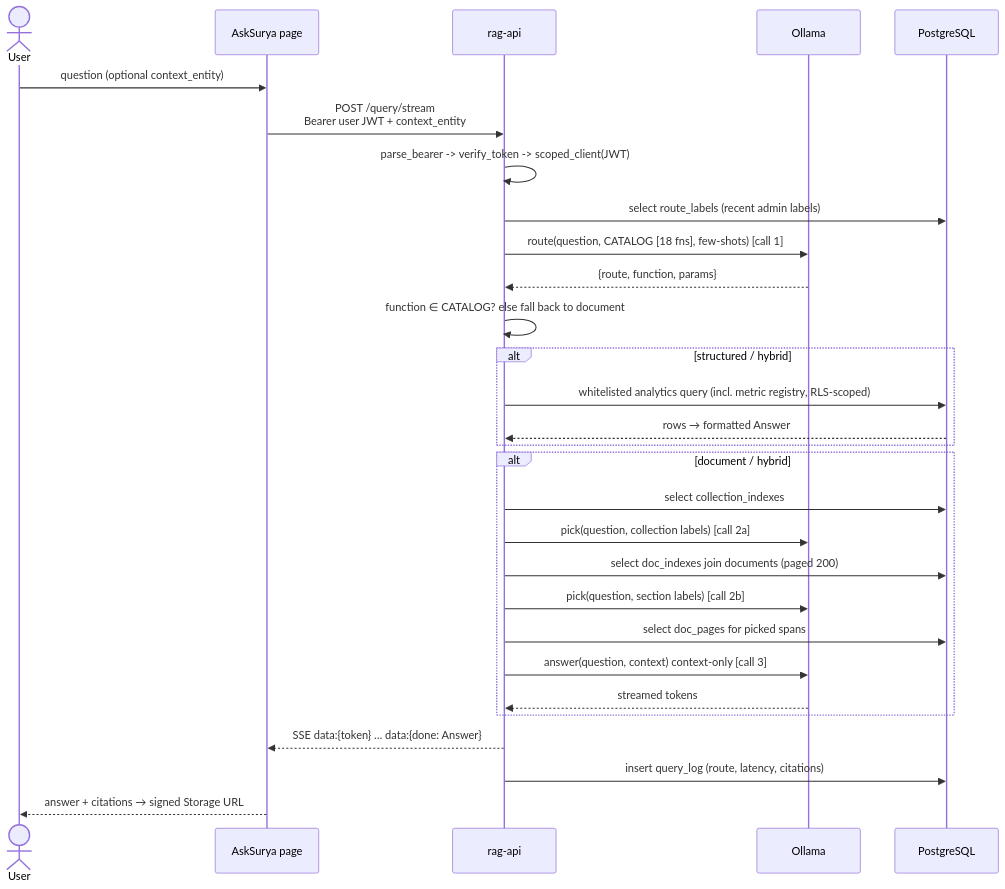
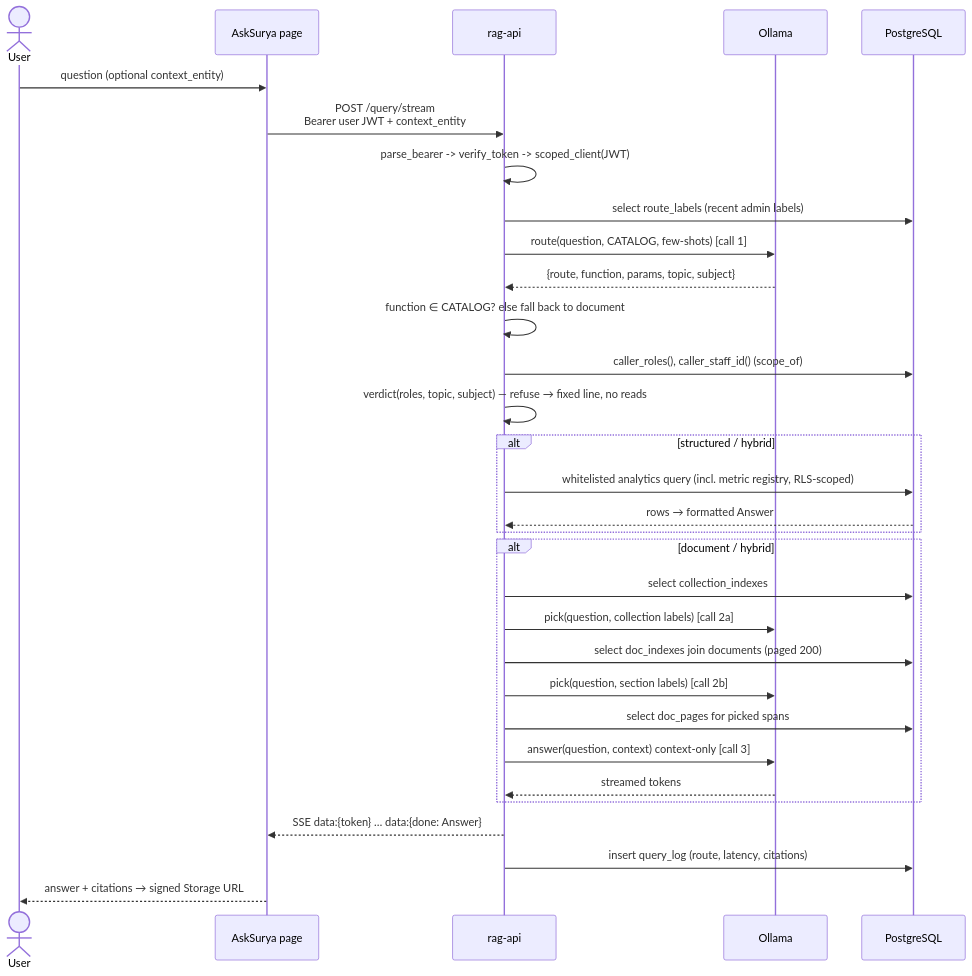
One commit to vkhare87/SuryaCSIR changed the third of 21 diagrams in docs/engineering/system_design.md. Above: the diagram before and after it, drawn with Mermaid. The commit also changed other lines of this file and 24 other files, not shown here.

````diff
--- a/docs/engineering/system_design.md
+++ b/docs/engineering/system_design.md
@@ -100,35 +100,37 @@
 ```mermaid
 sequenceDiagram
   actor U as User
   participant SPA as AskSurya page
   participant API as rag-api
   participant LLM as Ollama
   participant PG as PostgreSQL
 
   U->>SPA: question (optional context_entity)
   SPA->>API: POST /query/stream<br/>Bearer user JWT + context_entity
   API->>API: parse_bearer -> verify_token -> scoped_client(JWT)
   API->>PG: select route_labels (recent admin labels)
-  API->>LLM: route(question, CATALOG [18 fns], few-shots) [call 1]
-  LLM-->>API: {route, function, params}
+  API->>LLM: route(question, CATALOG, few-shots)      [call 1]
+  LLM-->>API: {route, function, params, topic, subject}
   API->>API: function ∈ CATALOG? else fall back to document
+  API->>PG: caller_roles(), caller_staff_id() (scope_of)
+  API->>API: verdict(roles, topic, subject) — refuse → fixed line, no reads
 
   alt structured / hybrid
     API->>PG: whitelisted analytics query (incl. metric registry, RLS-scoped)
     PG-->>API: rows → formatted Answer
   end
 
   alt document / hybrid
     API->>PG: select collection_indexes
     API->>LLM: pick(question, collection labels)       [call 2a]
     API->>PG: select doc_indexes join documents (paged 200)
     API->>LLM: pick(question, section labels)          [call 2b]
     API->>PG: select doc_pages for picked spans
     API->>LLM: answer(question, context)  context-only [call 3]
     LLM-->>API: streamed tokens
   end
 
   API-->>SPA: SSE data:{token} … data:{done: Answer}
   API->>PG: insert query_log (route, latency, citations)
   SPA-->>U: answer + citations → signed Storage URL
 ```
````
